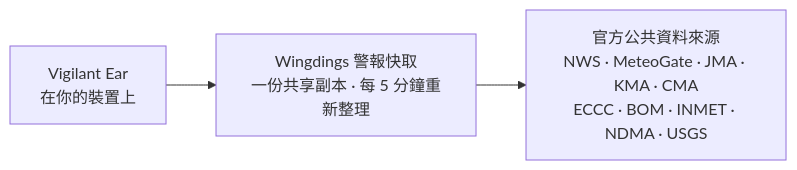
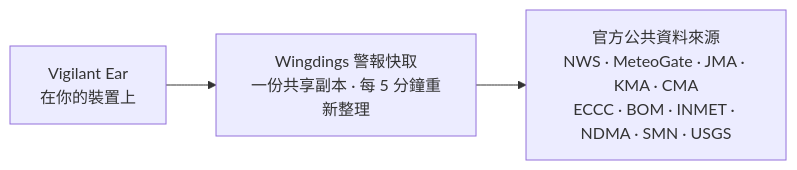
The fourth of 4 diagrams in README_zh-Hant.md (rpalm01-star/VigilantEarLegal), drawn with Mermaid before and after one commit. The commit also changed other lines of this file and 44 other files, not shown here.

````diff
--- a/README_zh-Hant.md
+++ b/README_zh-Hant.md
@@ -171,5 +171,5 @@
 ```mermaid
 graph LR
     P1["Vigilant Ear<br/>在你的裝置上"] --> W["Wingdings 警報快取<br/>一份共享副本 · 每 5 分鐘重新整理"]
-    W --> N["官方公共資料來源<br/>NWS · MeteoGate · JMA · KMA · CMA<br/>ECCC · BOM · INMET · NDMA · USGS"]
+    W --> N["官方公共資料來源<br/>NWS · MeteoGate · JMA · KMA · CMA<br/>ECCC · BOM · INMET · NDMA · SMN · USGS"]
 ```
````
